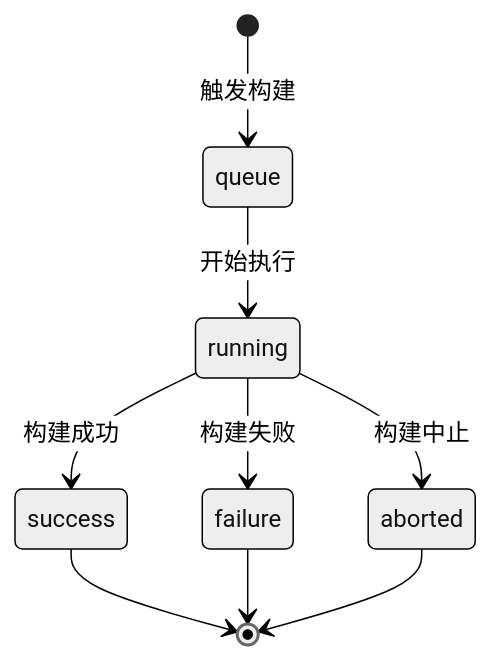
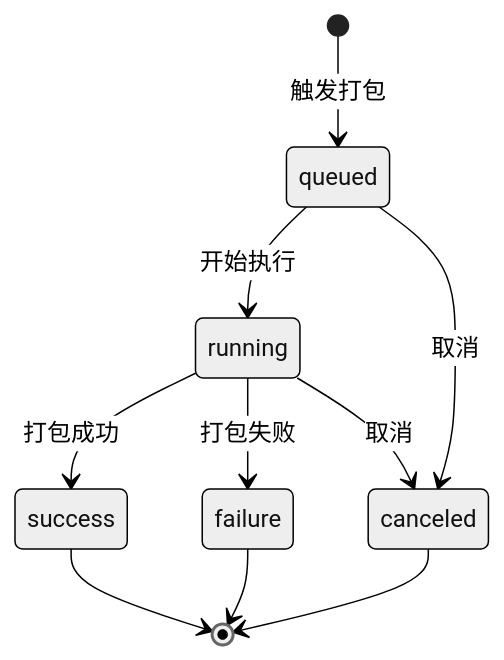
Diagram 15 of 17 in docs/business-process-analysis.md (qingxiaoyuan/trace-ship), drawn with Mermaid (neutral theme) before and after one commit. The commit also changed other lines of this file and 8 other files, not shown here.

````diff
--- a/docs/business-process-analysis.md
+++ b/docs/business-process-analysis.md
@@ -426,11 +470,12 @@
 ```mermaid
 stateDiagram-v2
-    [*] --> queue: 触发构建
-    queue --> running: 开始执行
-    running --> success: 构建成功
-    running --> failure: 构建失败
-    running --> aborted: 构建中止
+    [*] --> queued: 触发打包
+    queued --> running: 开始执行
+    queued --> canceled: 取消
+    running --> success: 打包成功
+    running --> failure: 打包失败
+    running --> canceled: 取消
     success --> [*]
     failure --> [*]
-    aborted --> [*]
+    canceled --> [*]
 ```
````
